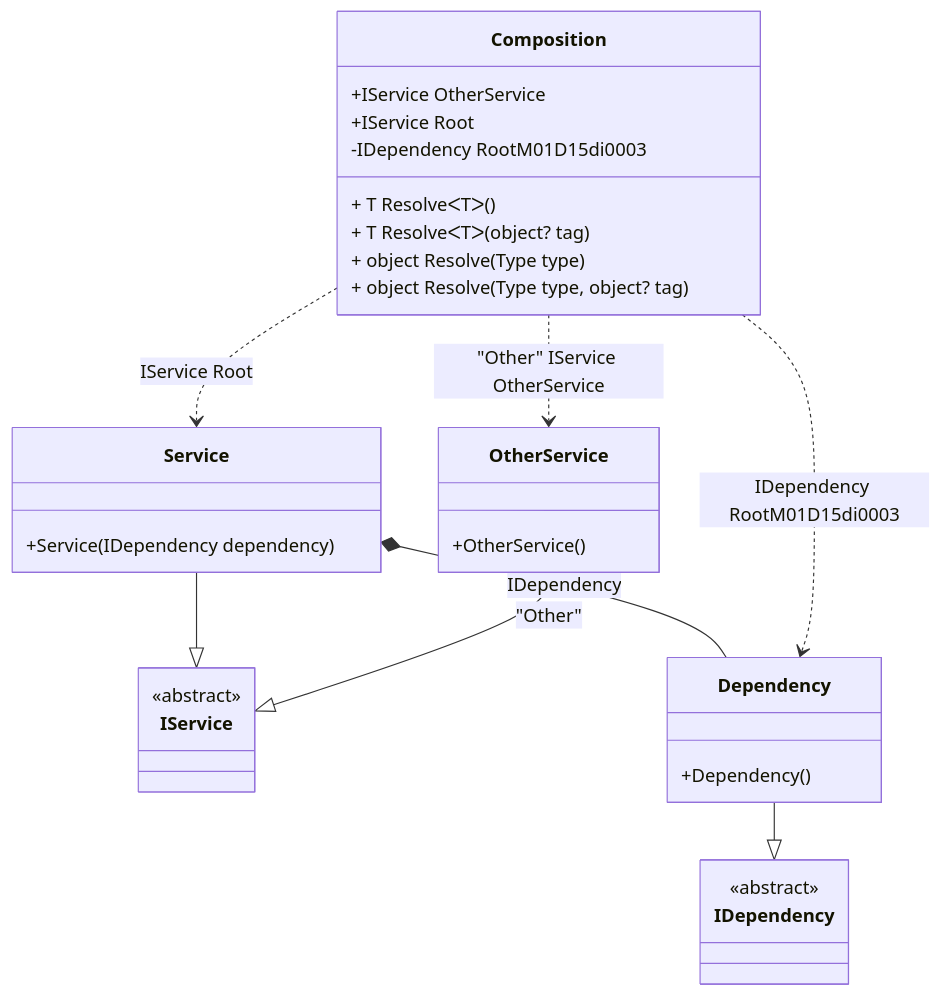
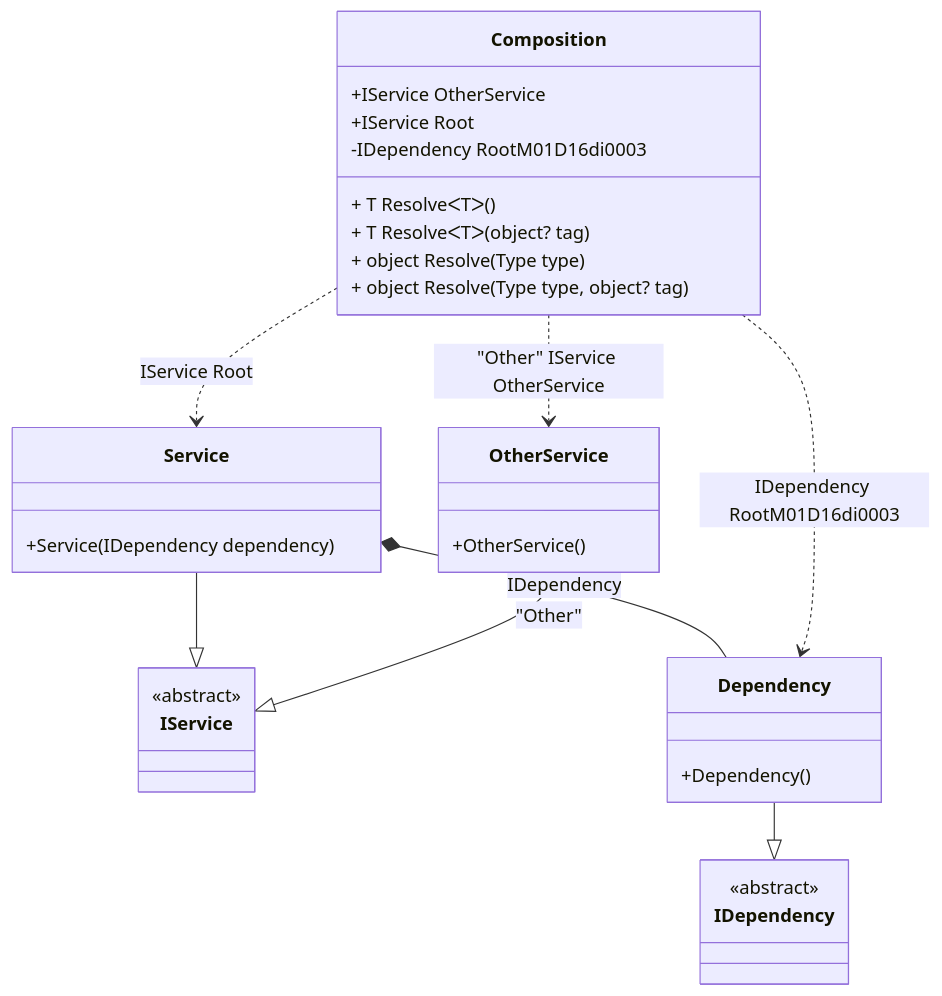
One commit to DevTeam/Pure.DI changed the diagram in readme/composition-roots.md. Above: the diagram before and after it, drawn with Mermaid. The commit also changed other lines of this file and 81 other files, not shown here.

````diff
--- a/readme/composition-roots.md
+++ b/readme/composition-roots.md
@@ -43,34 +43,34 @@
 ```mermaid
 classDiagram
   class Composition {
     +IService OtherService
     +IService Root
-    -IDependency RootM01D15di0003
+    -IDependency RootM01D16di0003
     + T ResolveᐸTᐳ()
     + T ResolveᐸTᐳ(object? tag)
     + object Resolve(Type type)
     + object Resolve(Type type, object? tag)
   }
   Service --|> IService : 
   class Service {
     +Service(IDependency dependency)
   }
   OtherService --|> IService : "Other" 
   class OtherService {
     +OtherService()
   }
   Dependency --|> IDependency : 
   class Dependency {
     +Dependency()
   }
   class IService {
     <<abstract>>
   }
   class IDependency {
     <<abstract>>
   }
   Service *--  Dependency : IDependency
   Composition ..> Service : IService Root
   Composition ..> OtherService : "Other" IService OtherService
-  Composition ..> Dependency : IDependency RootM01D15di0003
+  Composition ..> Dependency : IDependency RootM01D16di0003
 ```
````
